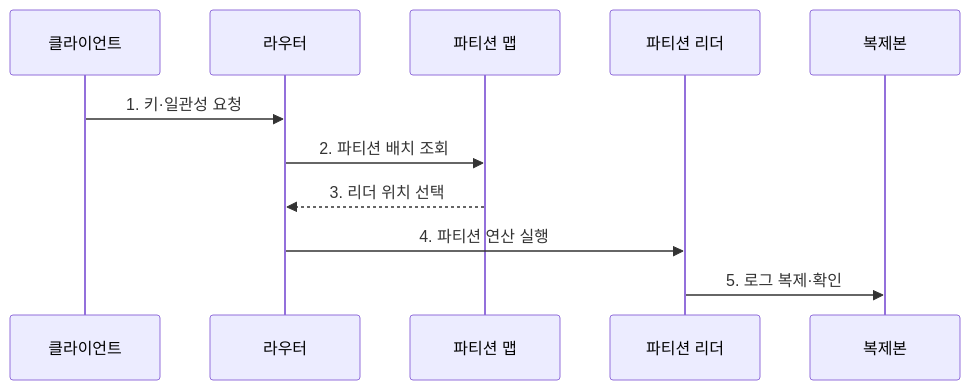
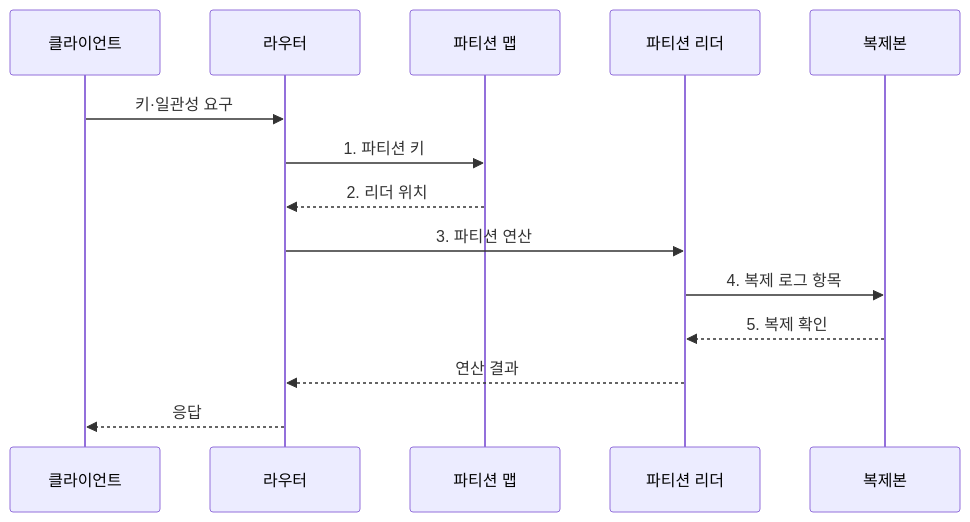
Before and after one commit to agnusdei1207/knowledge-base: the second of 2 diagrams in src/content/docs/notes/03-software/114_distributed_database.md, drawn with Mermaid. The commit also changed other lines of this file and 20 other files, not shown here.

````diff
--- a/src/content/docs/notes/03-software/114_distributed_database.md
+++ b/src/content/docs/notes/03-software/114_distributed_database.md
@@ -79,13 +92,16 @@
 ```mermaid
 sequenceDiagram
     participant C as 클라이언트
     participant R as 라우터
     participant M as 파티션 맵
     participant L as 파티션 리더
     participant F as 복제본
-    C->>R: 1. 키·일관성 요청
-    R->>M: 2. 파티션 배치 조회
-    M-->>R: 3. 리더 위치 선택
-    R->>L: 4. 파티션 연산 실행
-    L->>F: 5. 로그 복제·확인
+    C->>R: 키·일관성 요구
+    R->>M: 1. 파티션 키
+    M-->>R: 2. 리더 위치
+    R->>L: 3. 파티션 연산
+    L->>F: 4. 복제 로그 항목
+    F-->>L: 5. 복제 확인
+    L-->>R: 연산 결과
+    R-->>C: 응답
 ```
````
